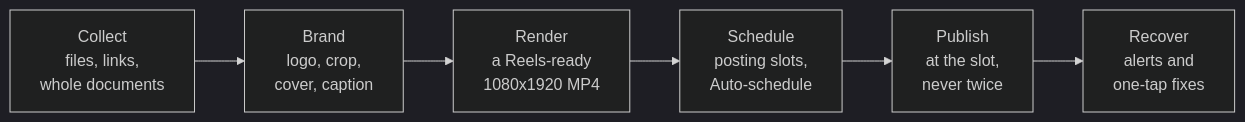
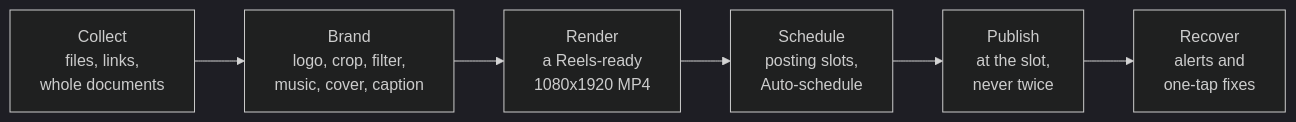
The first of 3 diagrams in README.md (paramshah07/Marketing-and-Clipping-Platform), drawn with Mermaid (dark theme) before and after one commit. The commit also changed other lines of this file and 43 other files, not shown here.

````diff
--- a/README.md
+++ b/README.md
@@ -52,8 +44,8 @@
 ```mermaid
 flowchart LR
-  collect["Collect<br/>files, links,<br/>whole documents"] --> brand["Brand<br/>logo, crop,<br/>cover, caption"]
+  collect["Collect<br/>files, links,<br/>whole documents"] --> brand["Brand<br/>logo, crop, filter,<br/>music, cover, caption"]
   brand --> render["Render<br/>a Reels-ready<br/>1080x1920 MP4"]
   render --> schedule["Schedule<br/>posting slots,<br/>Auto-schedule"]
   schedule --> publish["Publish<br/>at the slot,<br/>never twice"]
   publish --> recover["Recover<br/>alerts and<br/>one-tap fixes"]
 ```
````
